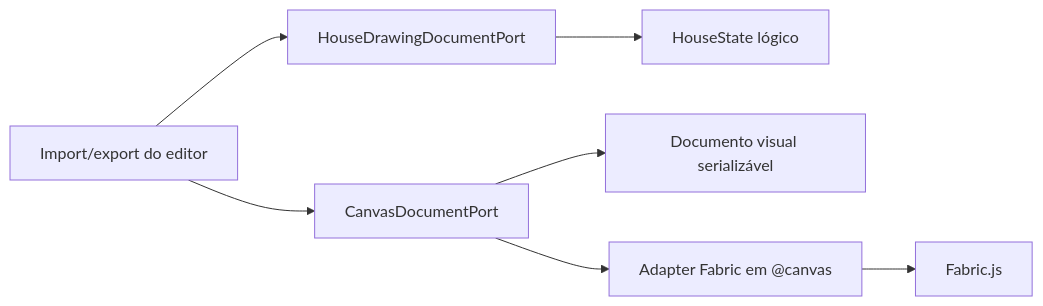
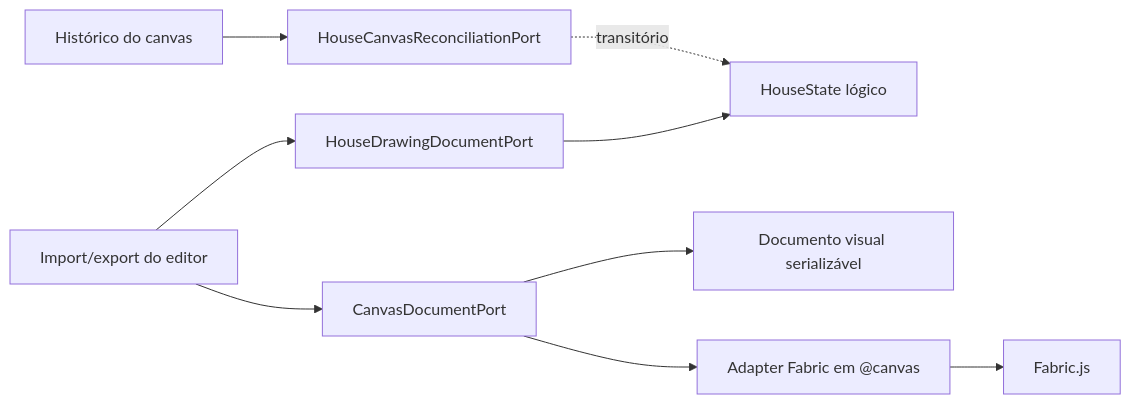
The diagram in docs/architecture-decisions/ADR-002-formato-canonico-projeto-rac.md (desiderati/rac-designer-teto), drawn with Mermaid before and after one commit. The commit also changed other lines of this file and 20 other files, not shown here.

````diff
--- a/docs/architecture-decisions/ADR-002-formato-canonico-projeto-rac.md
+++ b/docs/architecture-decisions/ADR-002-formato-canonico-projeto-rac.md
@@ -45,17 +52,21 @@
 ```mermaid
 flowchart LR
     Hook["Import/export do editor"]
     HouseDocumentPort["HouseDrawingDocumentPort"]
     HouseState["HouseState lógico"]
     CanvasDocumentPort["CanvasDocumentPort"]
     CanvasDocument["Documento visual serializável"]
     FabricAdapter["Adapter Fabric em @canvas"]
     Fabric["Fabric.js"]
+    Reconciliation["HouseCanvasReconciliationPort"]
+    History["Histórico do canvas"]
 
     Hook --> HouseDocumentPort
     Hook --> CanvasDocumentPort
     HouseDocumentPort --> HouseState
     CanvasDocumentPort --> CanvasDocument
     CanvasDocumentPort --> FabricAdapter
     FabricAdapter --> Fabric
+    History --> Reconciliation
+    Reconciliation -. "transitório" .-> HouseState
 ```
````
